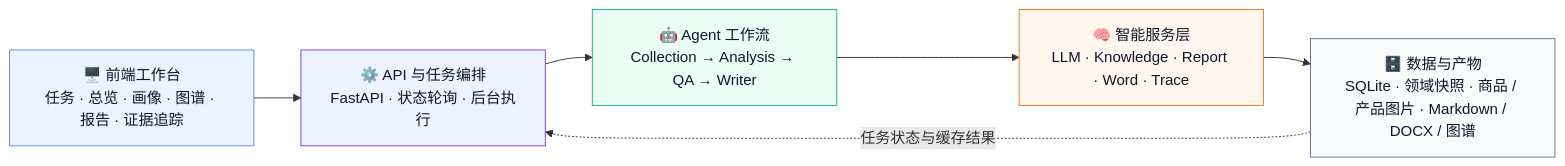
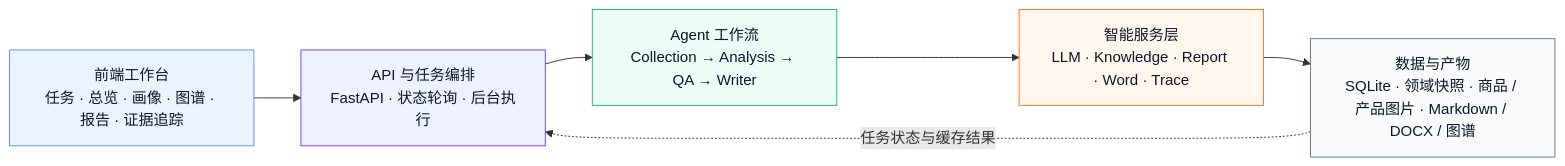
One commit to Moonsqueaks/CompeteX-Agent changed the second of 2 diagrams in README.md. Above: the diagram before and after it, drawn with Mermaid. The commit also changed other lines of this file, not shown here.

````diff
--- a/README.md
+++ b/README.md
@@ -128,22 +128,22 @@
 ```mermaid
 flowchart LR
-    Workbench["🖥️ 前端工作台<br/>任务 · 总览 · 画像 · 图谱 · 报告 · 证据追踪"]
-    Orchestration["⚙️ API 与任务编排<br/>FastAPI · 状态轮询 · 后台执行"]
-    Agents["🤖 Agent 工作流<br/>Collection → Analysis → QA → Writer"]
-    Services["🧠 智能服务层<br/>LLM · Knowledge · Report · Word · Trace"]
-    Assets["🗄️ 数据与产物<br/>SQLite · 领域快照 · 商品 / 产品图片 · Markdown / DOCX / 图谱"]
+    Workbench["前端工作台<br/>任务 · 总览 · 画像 · 图谱 · 报告 · 证据追踪"]
+    Orchestration["API 与任务编排<br/>FastAPI · 状态轮询 · 后台执行"]
+    Agents["Agent 工作流<br/>Collection → Analysis → QA → Writer"]
+    Services["智能服务层<br/>LLM · Knowledge · Report · Word · Trace"]
+    Assets["数据与产物<br/>SQLite · 领域快照 · 商品 / 产品图片 · Markdown / DOCX / 图谱"]
 
     Workbench --> Orchestration --> Agents --> Services --> Assets
     Assets -. 任务状态与缓存结果 .-> Orchestration
 
     classDef ui fill:#EAF4FF,stroke:#5B8DEF,stroke-width:1px,color:#0F172A;
     classDef api fill:#EEF2FF,stroke:#7C3AED,stroke-width:1px,color:#0F172A;
     classDef agent fill:#ECFDF5,stroke:#10B981,stroke-width:1px,color:#0F172A;
     classDef service fill:#FFF7ED,stroke:#F97316,stroke-width:1px,color:#0F172A;
     classDef data fill:#F8FAFC,stroke:#64748B,stroke-width:1px,color:#0F172A;
     class Workbench ui;
     class Orchestration api;
     class Agents agent;
     class Services service;
     class Assets data;
 ```
````
